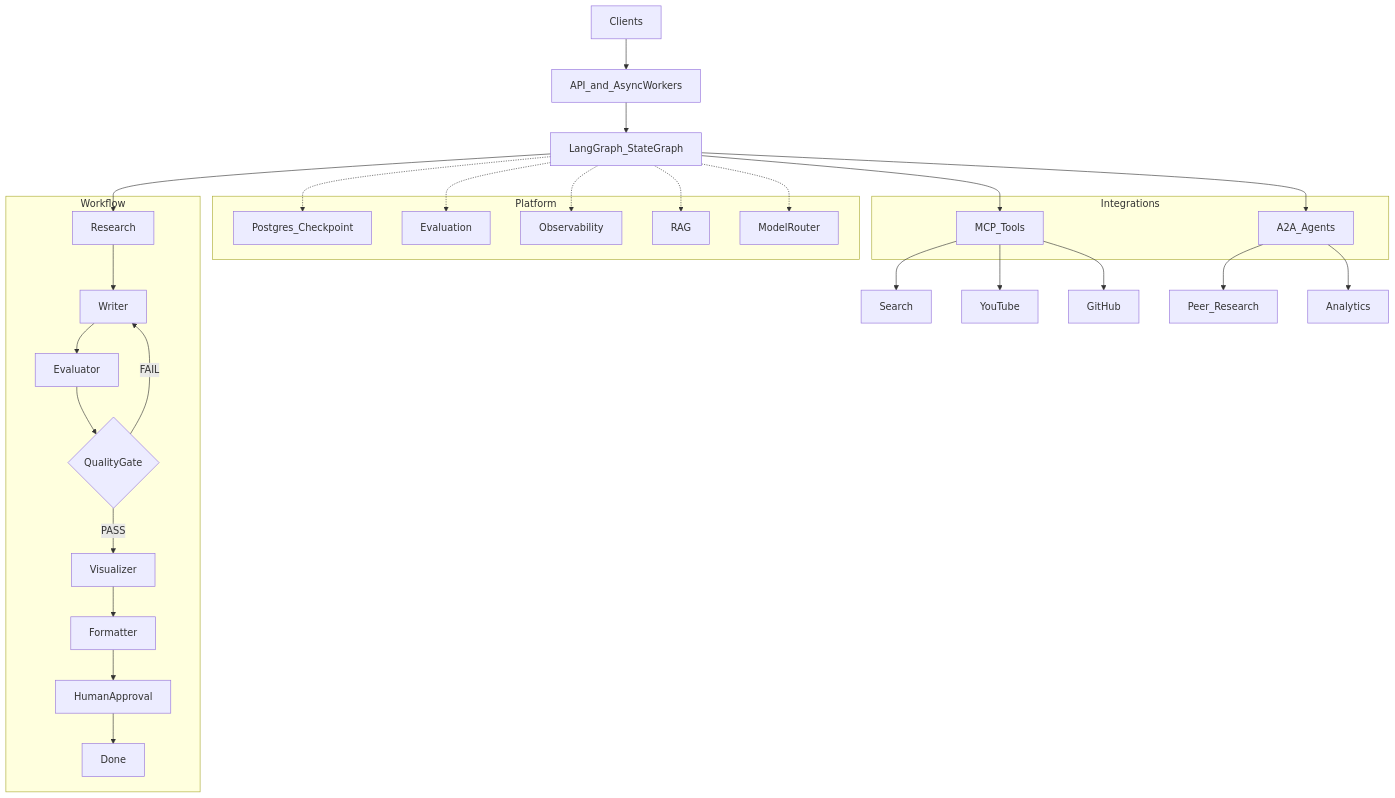
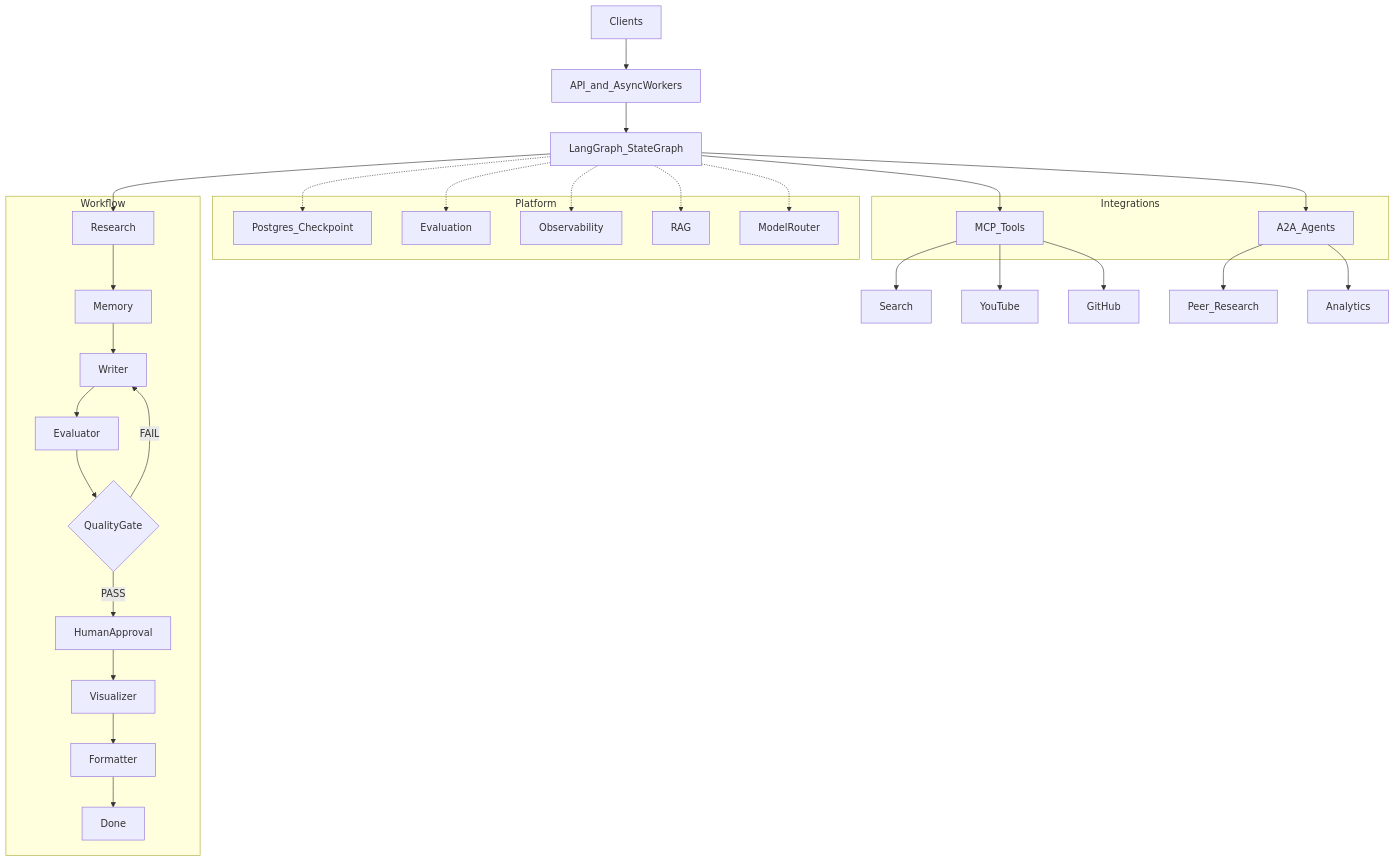
The first of 2 diagrams in docs/architecture/solution_architecture.md (amanpatial/youtube_shorts_assistant), drawn with Mermaid before and after one commit. The commit also changed other lines of this file and 144 other files, not shown here.

First line of the commit message:
Ship Phases 11–21 to complete the LangGraph learning roadmap (0.21.0).

````diff
--- a/docs/architecture/solution_architecture.md
+++ b/docs/architecture/solution_architecture.md
@@ -85,43 +86,43 @@
 ```mermaid
 flowchart TB
   Client[Clients]
   API[API_and_AsyncWorkers]
   SG[LangGraph_StateGraph]
 
   Client --> API --> SG
 
   subgraph workflow [Workflow]
-    Research --> Writer --> Evaluator --> Gate{QualityGate}
+    Research --> Memory --> Writer --> Evaluator --> Gate{QualityGate}
     Gate -->|FAIL| Writer
-    Gate -->|PASS| Visualizer --> Formatter --> HITL[HumanApproval] --> Done
+    Gate -->|PASS| HITL[HumanApproval] --> Visualizer --> Formatter --> Done
   end
 
   SG --> Research
 
   subgraph platform [Platform]
     PG[Postgres_Checkpoint]
     Eval[Evaluation]
     Obs[Observability]
     RAG[RAG]
     Router[ModelRouter]
   end
 
   SG -.-> PG
   SG -.-> Eval
   SG -.-> Obs
   SG -.-> RAG
   SG -.-> Router
 
   subgraph integrations [Integrations]
     MCP[MCP_Tools]
     A2A[A2A_Agents]
   end
 
   SG --> MCP
   SG --> A2A
   MCP --> Search
   MCP --> YouTube
   MCP --> GitHub
   A2A --> PeerResearch[Peer_Research]
   A2A --> Analytics
 ```
````
